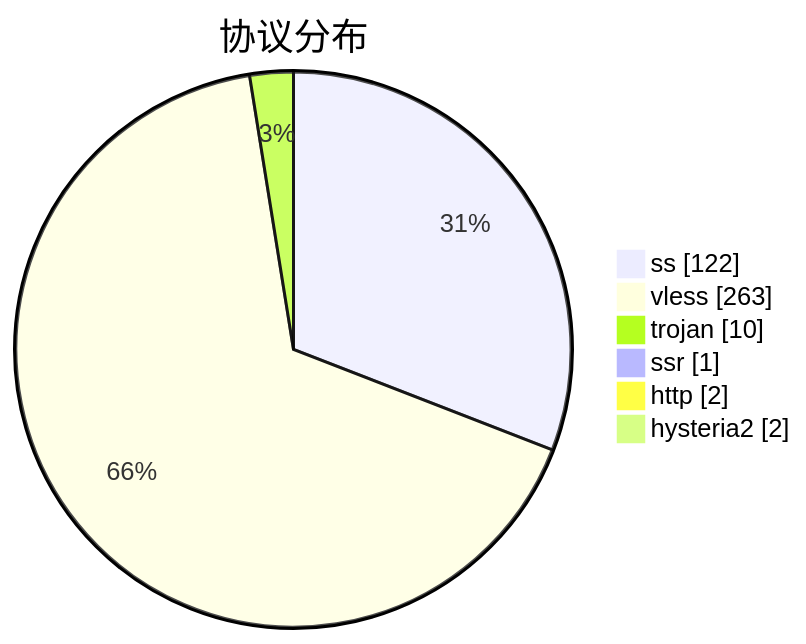
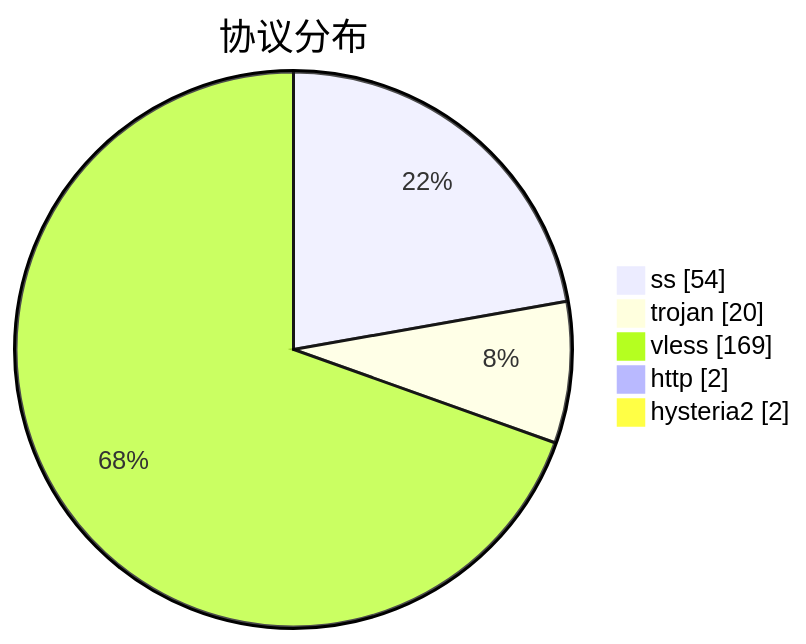
Before and after one commit to qjlxg/airport: the third of 3 diagrams in subs/statistics/tested_within.md, drawn with Mermaid. The commit also changed other lines of this file and 2 other files, not shown here.

````diff
--- a/subs/statistics/tested_within.md
+++ b/subs/statistics/tested_within.md
@@ -19,10 +21,9 @@
 ```mermaid
 pie showData
 title 协议分布
-"ss" : 122
-"vless" : 263
-"trojan" : 10
-"ssr" : 1
+"ss" : 54
+"trojan" : 20
+"vless" : 169
 "http" : 2
 "hysteria2" : 2
 ```
````
